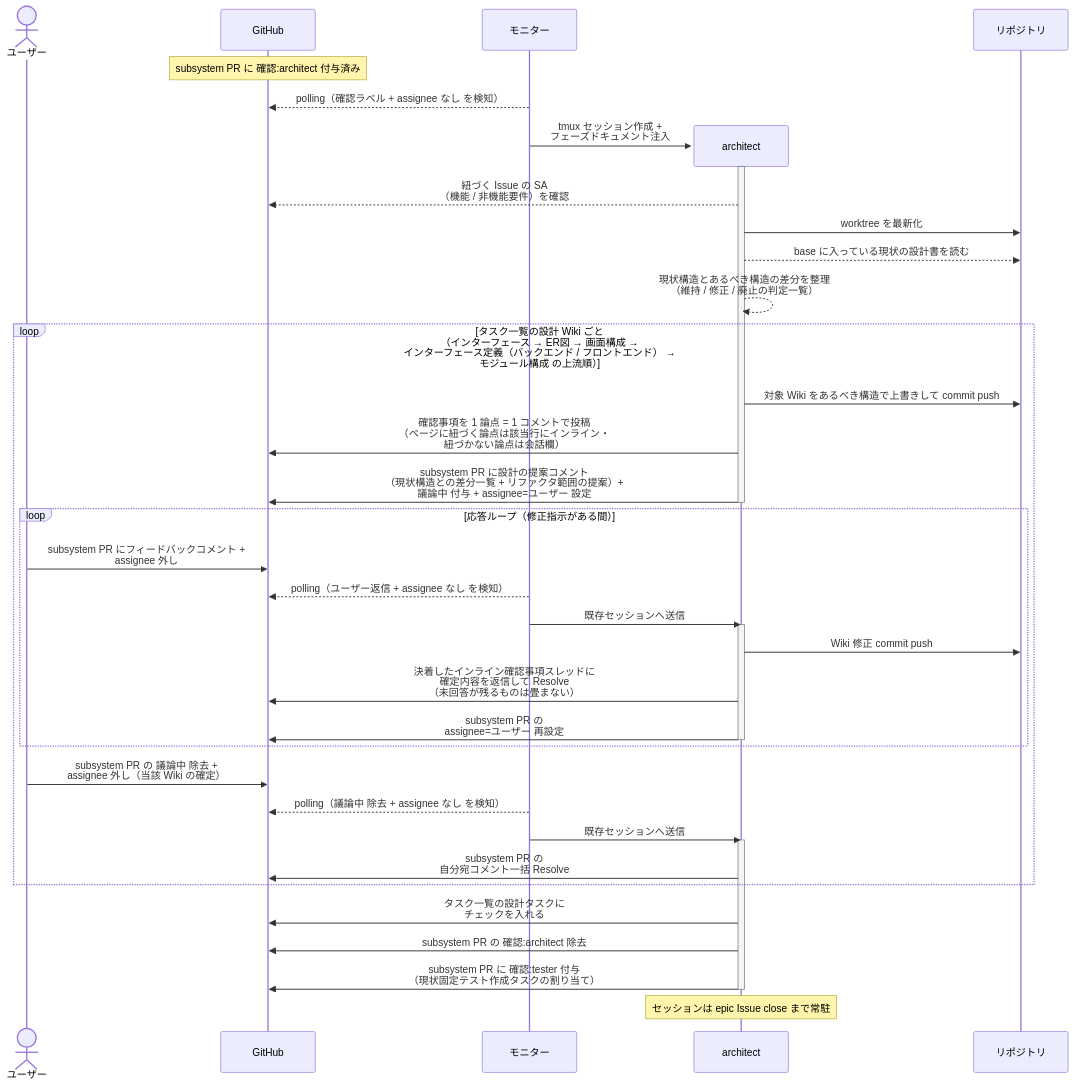
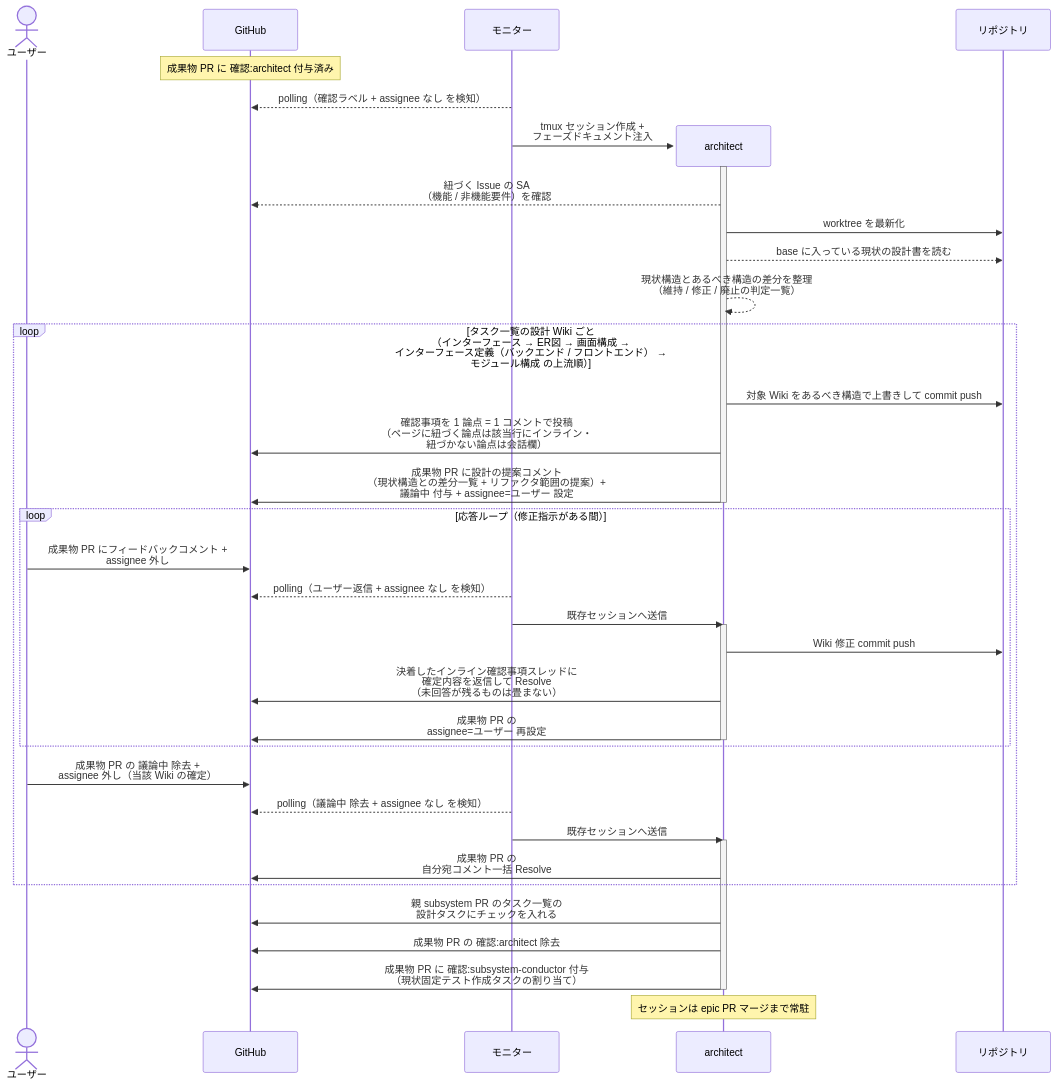
The seventh of 7 diagrams in docs/wiki/設計図/シナリオ/単一ユースケース/SS設計.md (shuhei1101/ai-monitor), drawn with Mermaid before and after one commit. The commit also changed other lines of this file and 256 other files, not shown here.

````diff
--- a/docs/wiki/設計図/シナリオ/単一ユースケース/SS設計.md
+++ b/docs/wiki/設計図/シナリオ/単一ユースケース/SS設計.md
@@ -322,47 +323,47 @@
 ```mermaid
 sequenceDiagram
   actor U as ユーザー
   participant GH as GitHub
   participant ORC as モニター
 
-  Note over GH: subsystem PR に 確認:architect 付与済み
+  Note over GH: 成果物 PR に 確認:architect 付与済み
   ORC-->>GH: polling（確認ラベル + assignee なし を検知）
   create participant MON as architect
   ORC->>MON: tmux セッション作成 +<br>フェーズドキュメント注入
   participant REPO as リポジトリ
   activate MON
   MON-->>GH: 紐づく Issue の SA<br>（機能 / 非機能要件）を確認
   MON->>REPO: worktree を最新化
   MON-->>REPO: base に入っている現状の設計書を読む
   MON-->>MON: 現状構造とあるべき構造の差分を整理<br>（維持 / 修正 / 廃止の判定一覧）
 
   loop タスク一覧の設計 Wiki ごと<br>（インターフェース → ER図 → 画面構成 →<br>インターフェース定義（バックエンド / フロントエンド） →<br>モジュール構成 の上流順）
     MON->>REPO: 対象 Wiki をあるべき構造で上書きして commit push
     MON->>GH: 確認事項を 1 論点 = 1 コメントで投稿<br>（ページに紐づく論点は該当行にインライン・<br>紐づかない論点は会話欄）
-    MON->>GH: subsystem PR に設計の提案コメント<br>（現状構造との差分一覧 + リファクタ範囲の提案）+<br>議論中 付与 + assignee=ユーザー 設定
+    MON->>GH: 成果物 PR に設計の提案コメント<br>（現状構造との差分一覧 + リファクタ範囲の提案）+<br>議論中 付与 + assignee=ユーザー 設定
     deactivate MON
 
     loop 応答ループ（修正指示がある間）
-      U->>GH: subsystem PR にフィードバックコメント +<br>assignee 外し
+      U->>GH: 成果物 PR にフィードバックコメント +<br>assignee 外し
       ORC-->>GH: polling（ユーザー返信 + assignee なし を検知）
       ORC->>MON: 既存セッションへ送信
       activate MON
       MON->>REPO: Wiki 修正 commit push
       MON->>GH: 決着したインライン確認事項スレッドに<br>確定内容を返信して Resolve<br>（未回答が残るものは畳まない）
-    MON->>GH: subsystem PR の<br>assignee=ユーザー 再設定
+    MON->>GH: 成果物 PR の<br>assignee=ユーザー 再設定
       deactivate MON
     end
 
-    U->>GH: subsystem PR の 議論中 除去 +<br>assignee 外し（当該 Wiki の確定）
+    U->>GH: 成果物 PR の 議論中 除去 +<br>assignee 外し（当該 Wiki の確定）
     ORC-->>GH: polling（議論中 除去 + assignee なし を検知）
     ORC->>MON: 既存セッションへ送信
     activate MON
-    MON->>GH: subsystem PR の<br>自分宛コメント一括 Resolve
+    MON->>GH: 成果物 PR の<br>自分宛コメント一括 Resolve
   end
 
-  MON->>GH: タスク一覧の設計タスクに<br>チェックを入れる
-  MON->>GH: subsystem PR の 確認:architect 除去
-  MON->>GH: subsystem PR に 確認:tester 付与<br>（現状固定テスト作成タスクの割り当て）
+  MON->>GH: 親 subsystem PR のタスク一覧の<br>設計タスクにチェックを入れる
+  MON->>GH: 成果物 PR の 確認:architect 除去
+  MON->>GH: 成果物 PR に 確認:subsystem-conductor 付与<br>（現状固定テスト作成タスクの割り当て）
   deactivate MON
-  Note over MON: セッションは epic Issue close まで常駐
+  Note over MON: セッションは epic PR マージまで常駐
 ```
````
